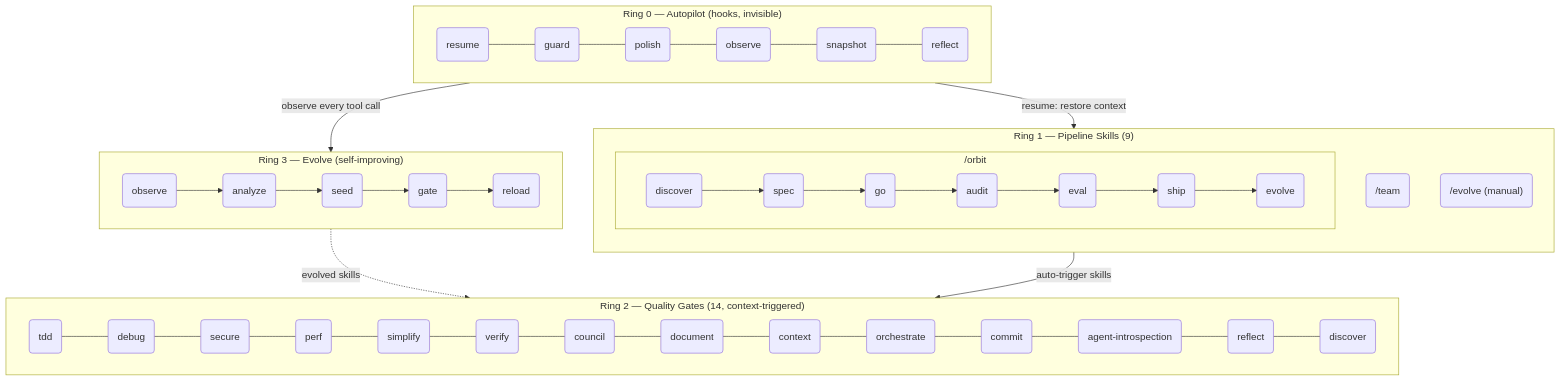
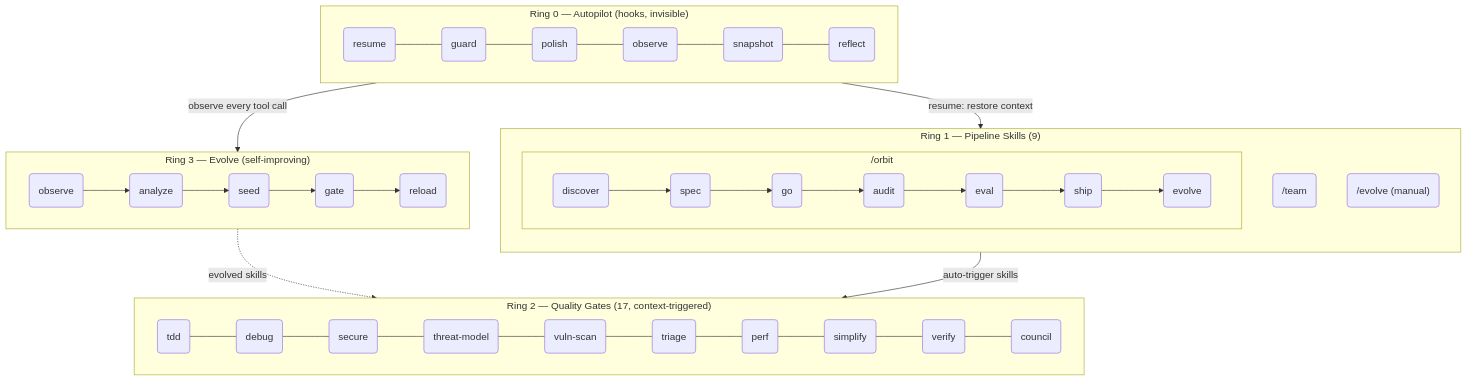
The second of 2 diagrams in i18n/es/README.md (epicsagas/epic-harness), drawn with Mermaid before and after one commit. The commit also changed other lines of this file and 11 other files, not shown here.

````diff
--- a/i18n/es/README.md
+++ b/i18n/es/README.md
@@ -436,32 +447,32 @@
 ```mermaid
 flowchart TB
     subgraph R0["Ring 0 — Autopilot (hooks, invisible)"]
         direction LR
         h1(resume) --- h2(guard) --- h3(polish) --- h4(observe) --- h5(snapshot) --- h6(reflect)
     end
 
     subgraph R1["Ring 1 — Pipeline Skills (9)"]
         direction TB
         subgraph orbit_wrap["  /orbit  "]
             direction LR
             c1("discover") --> c2("spec") --> c3("go") --> c4("audit") --> c4b("eval") --> c5("ship") --> c6("evolve")
         end
         c7("/team")
         c8("/evolve (manual)")
     end
 
-    subgraph R2["Ring 2 — Quality Gates (14, context-triggered)"]
+    subgraph R2["Ring 2 — Quality Gates (17, context-triggered)"]
         direction LR
-        s1(tdd) --- s2(debug) --- s3(secure) --- s4(perf) --- s5(simplify) --- s6(verify) --- s7(council) --- s8(document) --- s9(context) --- s10(orchestrate) --- s11(commit) --- s12(agent-introspection) --- s13(reflect) --- s14(discover)
+        s1(tdd) --- s2(debug) --- s3(secure) --- s3b(threat-model) --- s3c(vuln-scan) --- s3d(triage) --- s4(perf) --- s5(simplify) --- s6(verify) --- s7(council)
     end
 
     subgraph R3["Ring 3 — Evolve (self-improving)"]
         direction LR
         e1(observe) --> e2(analyze) --> e3(seed) --> e4(gate) --> e5(reload)
     end
 
     R0 -->|"observe every tool call"| R3
     R3 -.->|"evolved skills"| R2
     R1 -->|"auto-trigger skills"| R2
     R0 -->|"resume: restore context"| R1
 ```
````
